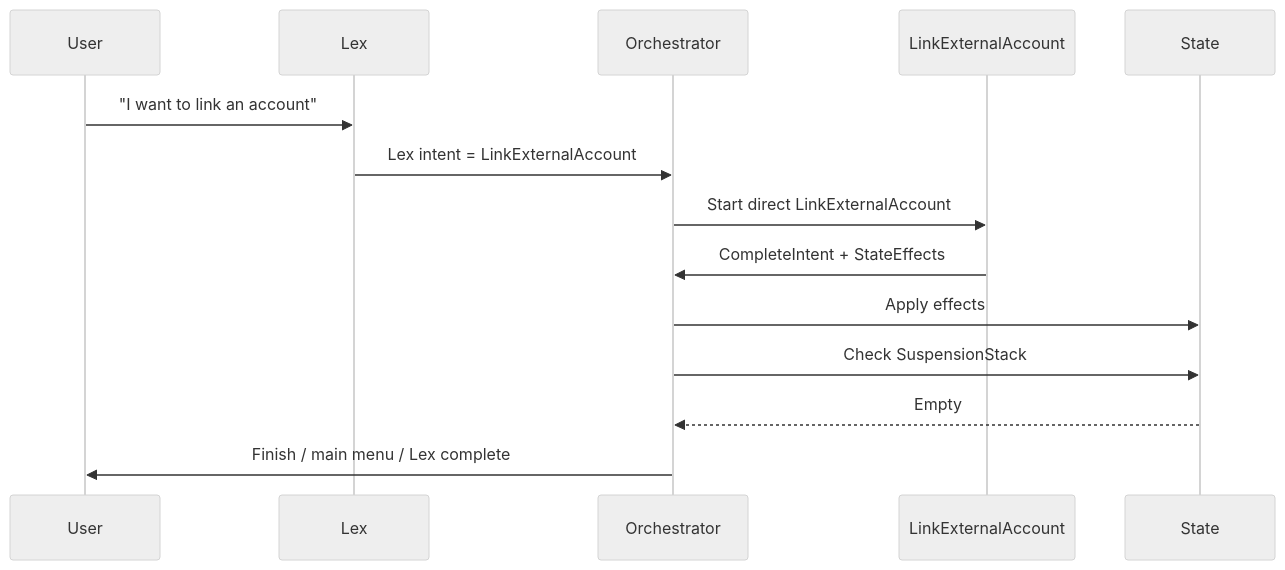
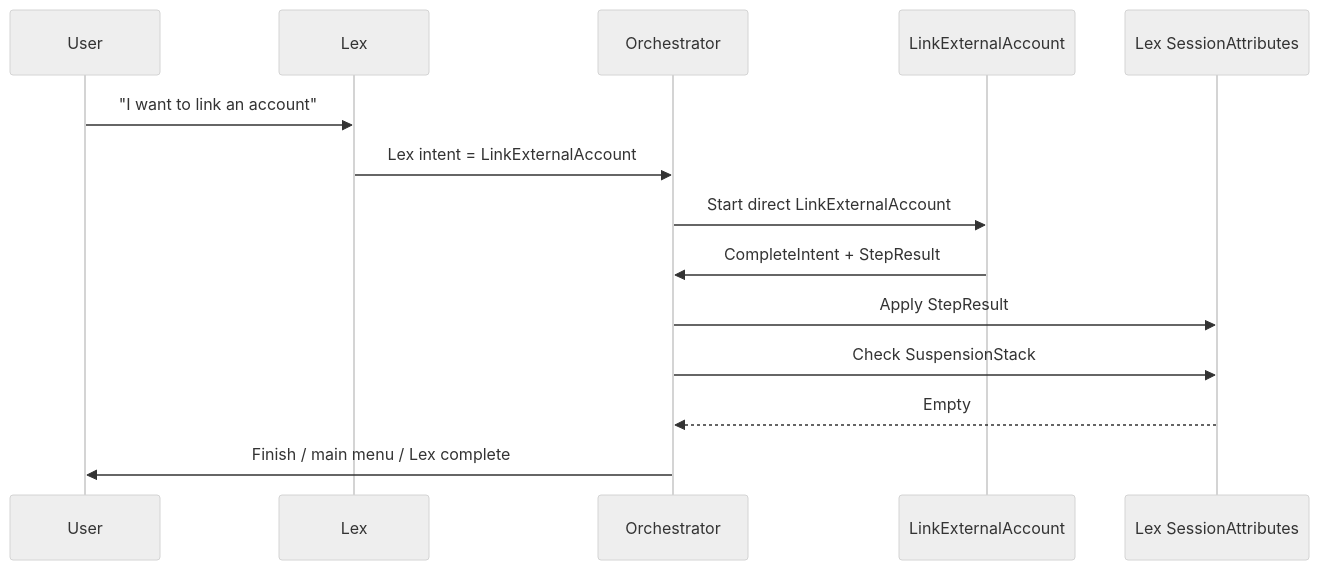
Before and after one commit to fghjkl007/adk-go-company-model-integration: the fourth of 8 diagrams in docs/superpowers/specs/2026-06-07-intent-step-orchestration-confluence.md, drawn with Mermaid (neutral theme). The commit also changed other lines of this file, not shown here.

Commit message:
docs: align demo diagrams with session attributes

````diff
--- a/docs/superpowers/specs/2026-06-07-intent-step-orchestration-confluence.md
+++ b/docs/superpowers/specs/2026-06-07-intent-step-orchestration-confluence.md
@@ -94,17 +93,17 @@
 ```mermaid
 sequenceDiagram
   participant User
   participant Lex
   participant Orchestrator
   participant LinkExternalAccount
-  participant State
+  participant SessionAttributes as Lex SessionAttributes
 
   User->>Lex: "I want to link an account"
   Lex->>Orchestrator: Lex intent = LinkExternalAccount
   Orchestrator->>LinkExternalAccount: Start direct LinkExternalAccount
-  LinkExternalAccount->>Orchestrator: CompleteIntent + StateEffects
-  Orchestrator->>State: Apply effects
-  Orchestrator->>State: Check SuspensionStack
-  State-->>Orchestrator: Empty
+  LinkExternalAccount->>Orchestrator: CompleteIntent + StepResult
+  Orchestrator->>SessionAttributes: Apply StepResult
+  Orchestrator->>SessionAttributes: Check SuspensionStack
+  SessionAttributes-->>Orchestrator: Empty
   Orchestrator->>User: Finish / main menu / Lex complete
 ```
````
